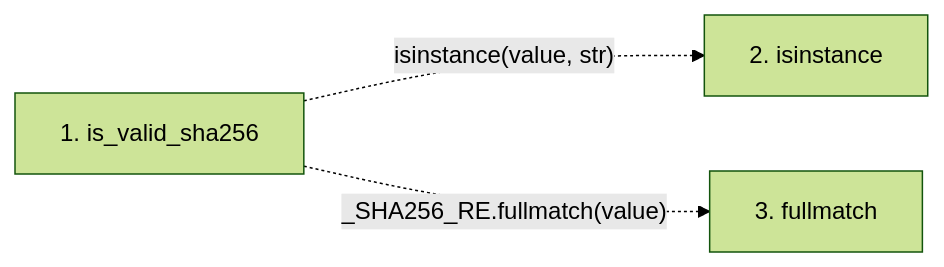
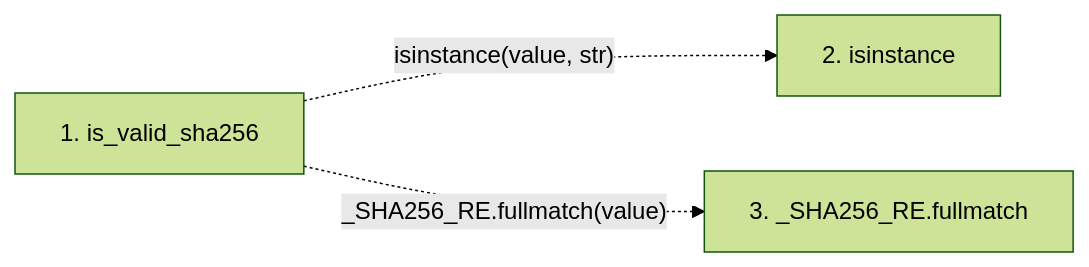
The second of 2 diagrams in docs/llm_wiki/flows/api-is_valid_sha256.md (Denissvgn/python-wiki-llm), drawn with Mermaid (forest theme) before and after one commit. The commit also changed other lines of this file and 719 other files, not shown here.

````diff
--- a/docs/llm_wiki/flows/api-is_valid_sha256.md
+++ b/docs/llm_wiki/flows/api-is_valid_sha256.md
@@ -22,9 +22,9 @@
 ```mermaid
 flowchart LR
     s1["1. is_valid_sha256"]
     s2["2. isinstance"]
-    s3["3. fullmatch"]
+    s3["3. _SHA256_RE.fullmatch"]
     s1 -. "isinstance(value, str)" .-> s2
     s1 -. "_SHA256_RE.fullmatch(value)" .-> s3
     click s1 "../modules/knowledge_evidence.md"
 ```
````
